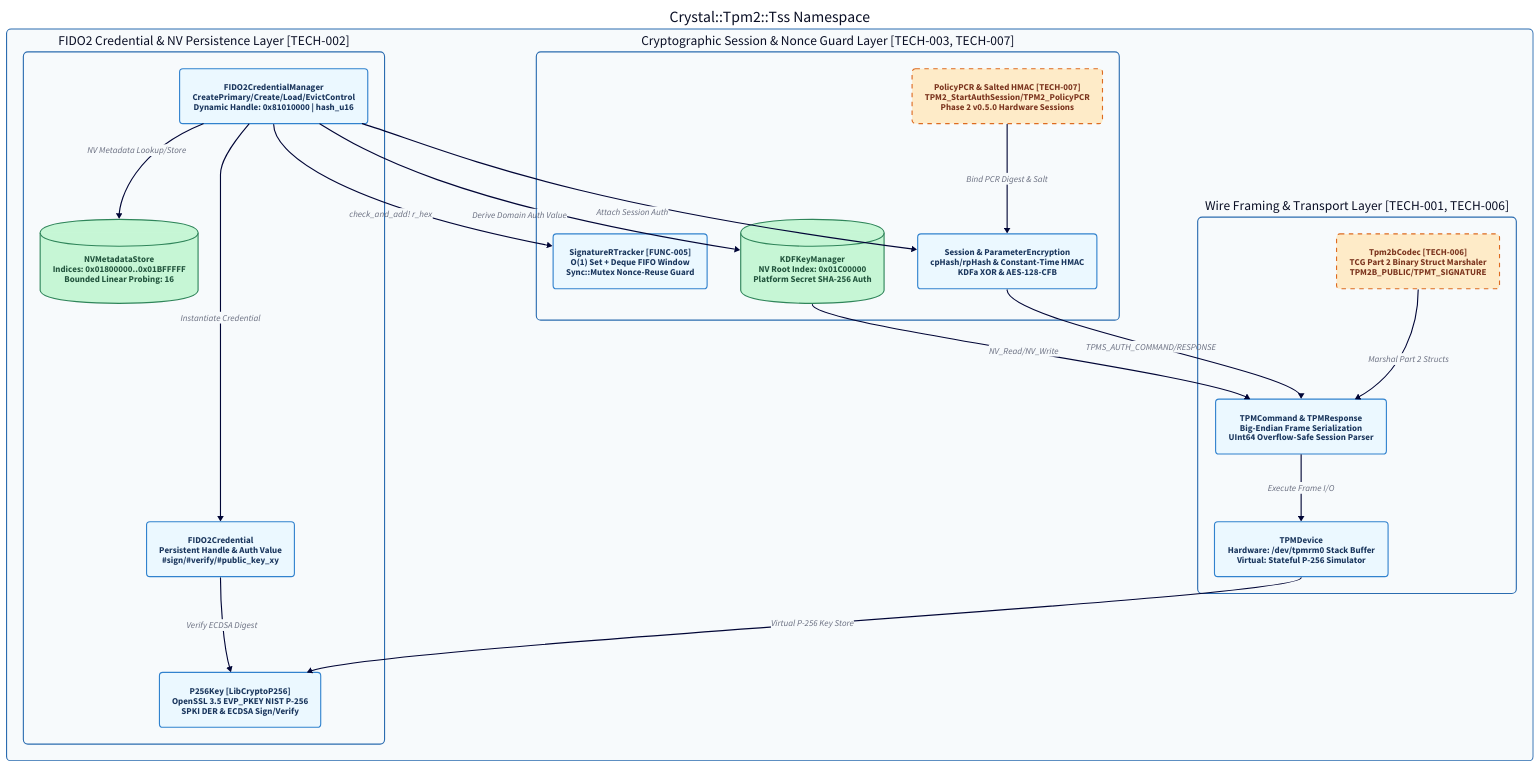
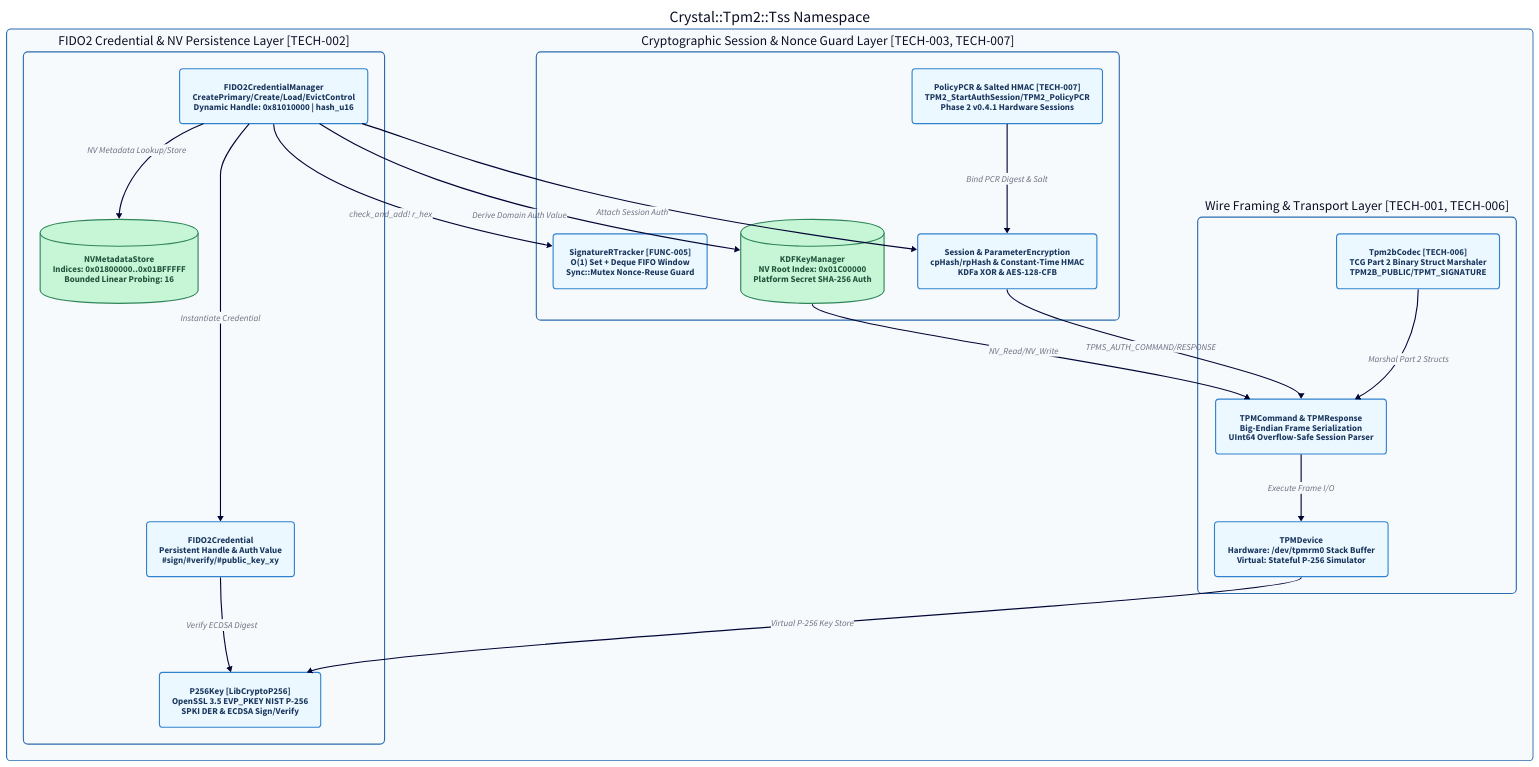
One commit to renich/crystal-tpm2-tss changed the diagram in docs/diagrams/architecture.d2. Above: the diagram before and after it, drawn with D2. The commit also changed 40 other files, not shown here.

First line of the commit message:
feat(tpm2): implement TCG Part 2 Tpm2bCodec and PolicyPCR sessions for v0.4.1

```diff
--- a/docs/diagrams/architecture.d2
+++ b/docs/diagrams/architecture.d2
@@ -1,119 +1,119 @@
 direction: down
 
 vars: {
   d2-config: {
     layout-engine: dagre
     theme-id: 4
     pad: 40
     center: true
   }
 }
 
 classes: {
   tier: {
     style: {
       stroke: "#2B6CB0"
       stroke-width: 2
       border-radius: 8
       fill: "#F7FAFC"
     }
   }
   module_active: {
     shape: rectangle
     style: {
       stroke: "#3182CE"
       stroke-width: 2
       border-radius: 6
       fill: "#EBF8FF"
       font-color: "#1A365D"
       bold: true
     }
   }
   module_phase2: {
     shape: rectangle
     style: {
       stroke: "#DD6B20"
       stroke-width: 2
       stroke-dash: 4
       border-radius: 6
       fill: "#FEEBC8"
       font-color: "#7B341E"
       bold: true
     }
   }
   storage_node: {
     shape: cylinder
     style: {
       stroke: "#2F855A"
       stroke-width: 2
       fill: "#C6F6D5"
       font-color: "#22543D"
       bold: true
     }
   }
 }
 
 crystal_tpm2_tss: "Crystal::Tpm2::Tss Namespace" {
   class: tier
 
   fido2_tier: "FIDO2 Credential & NV Persistence Layer [TECH-002]" {
     class: tier
 
     fido2_mgr: "FIDO2CredentialManager\nCreatePrimary/Create/Load/EvictControl\nDynamic Handle: 0x81010000 | hash_u16" {
       class: module_active
     }
     nv_store: "NVMetadataStore\nIndices: 0x01800000..0x01BFFFFF\nBounded Linear Probing: 16" {
       class: storage_node
     }
     fido2_cred: "FIDO2Credential\nPersistent Handle & Auth Value\n#sign/#verify/#public_key_xy" {
       class: module_active
     }
     p256_key: "P256Key [LibCryptoP256]\nOpenSSL 3.5 EVP_PKEY NIST P-256\nSPKI DER & ECDSA Sign/Verify" {
       class: module_active
     }
   }
 
   security_tier: "Cryptographic Session & Nonce Guard Layer [TECH-003, TECH-007]" {
     class: tier
 
     r_tracker: "SignatureRTracker [FUNC-005]\nO(1) Set + Deque FIFO Window\nSync::Mutex Nonce-Reuse Guard" {
       class: module_active
     }
     kdf_mgr: "KDFKeyManager\nNV Root Index: 0x01C00000\nPlatform Secret SHA-256 Auth" {
       class: storage_node
     }
     session: "Session & ParameterEncryption\ncpHash/rpHash & Constant-Time HMAC\nKDFa XOR & AES-128-CFB" {
       class: module_active
     }
-    policy_pcr: "PolicyPCR & Salted HMAC [TECH-007]\nTPM2_StartAuthSession/TPM2_PolicyPCR\nPhase 2 v0.5.0 Hardware Sessions" {
-      class: module_phase2
+    policy_pcr: "PolicyPCR & Salted HMAC [TECH-007]\nTPM2_StartAuthSession/TPM2_PolicyPCR\nPhase 2 v0.4.1 Hardware Sessions" {
+      class: module_active
     }
   }
 
   framing_tier: "Wire Framing & Transport Layer [TECH-001, TECH-006]" {
     class: tier
 
     cmd_resp: "TPMCommand & TPMResponse\nBig-Endian Frame Serialization\nUInt64 Overflow-Safe Session Parser" {
       class: module_active
     }
     tpm2b_codec: "Tpm2bCodec [TECH-006]\nTCG Part 2 Binary Struct Marshaler\nTPM2B_PUBLIC/TPMT_SIGNATURE" {
-      class: module_phase2
+      class: module_active
     }
     device: "TPMDevice\nHardware: /dev/tpmrm0 Stack Buffer\nVirtual: Stateful P-256 Simulator" {
       class: module_active
     }
   }
 
   fido2_tier.fido2_mgr -> fido2_tier.nv_store: "NV Metadata Lookup/Store"
   fido2_tier.fido2_mgr -> fido2_tier.fido2_cred: "Instantiate Credential"
   fido2_tier.fido2_cred -> fido2_tier.p256_key: "Verify ECDSA Digest"
   fido2_tier.fido2_mgr -> security_tier.r_tracker: "check_and_add! r_hex"
   fido2_tier.fido2_mgr -> security_tier.kdf_mgr: "Derive Domain Auth Value"
   fido2_tier.fido2_mgr -> security_tier.session: "Attach Session Auth"
   security_tier.policy_pcr -> security_tier.session: "Bind PCR Digest & Salt"
   security_tier.kdf_mgr -> framing_tier.cmd_resp: "NV_Read/NV_Write"
   security_tier.session -> framing_tier.cmd_resp: "TPMS_AUTH_COMMAND/RESPONSE"
   framing_tier.tpm2b_codec -> framing_tier.cmd_resp: "Marshal Part 2 Structs"
   framing_tier.cmd_resp -> framing_tier.device: "Execute Frame I/O"
   framing_tier.device -> fido2_tier.p256_key: "Virtual P-256 Key Store"
 }
```
